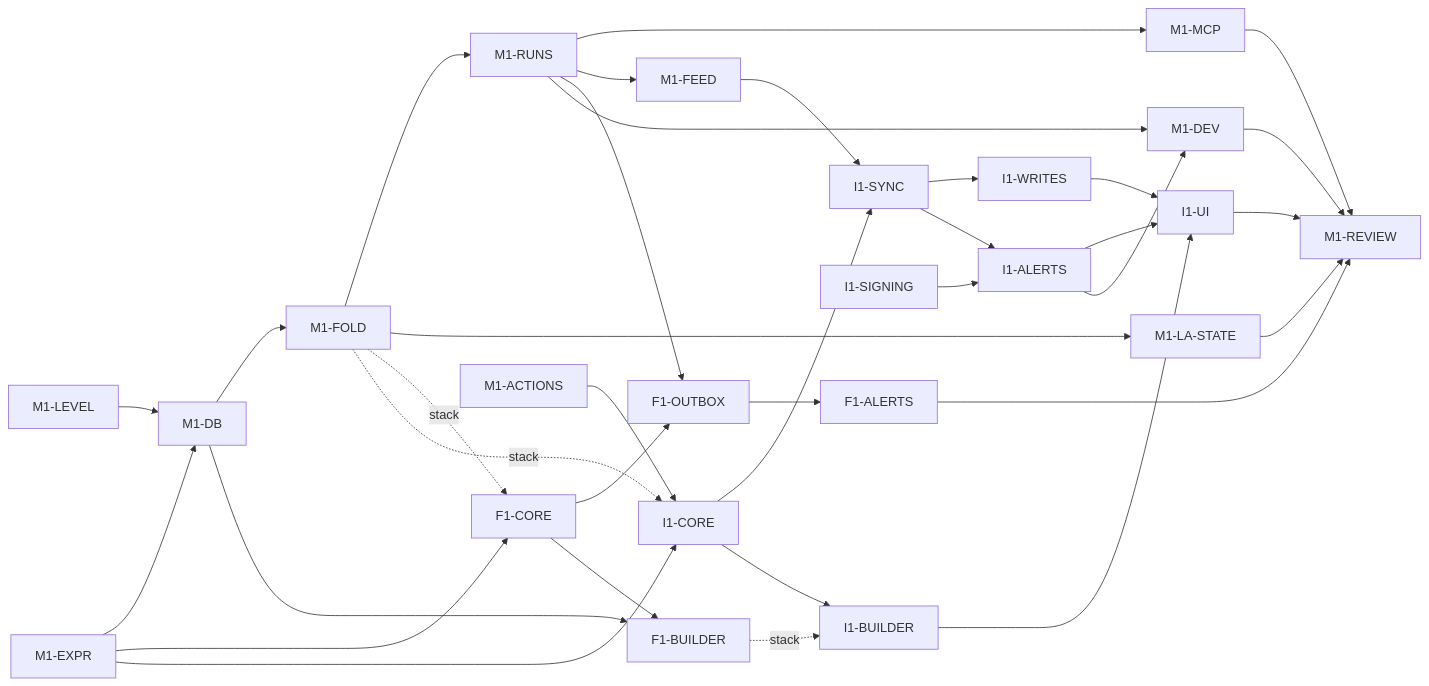
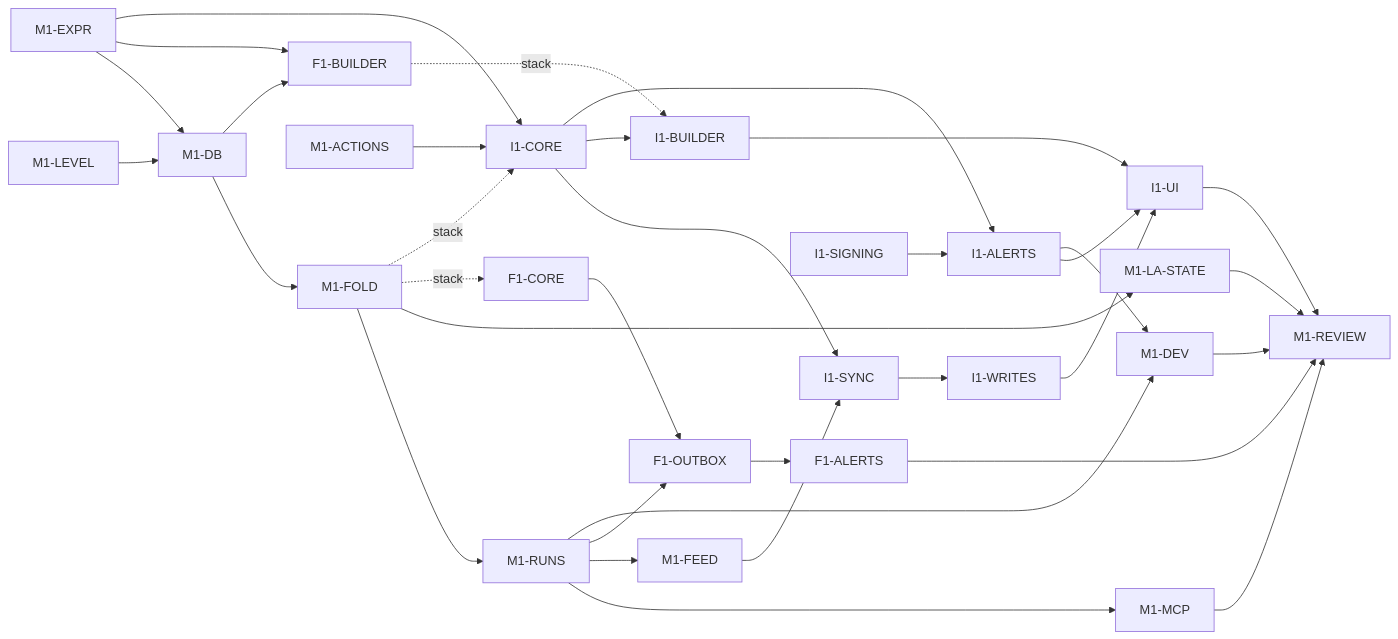
The diagram in docs/t2/M1-plan.md (Richard-Lynch/quickr), drawn with Mermaid before and after one commit. The commit also changed other lines of this file, not shown here.

````diff
--- a/docs/t2/M1-plan.md
+++ b/docs/t2/M1-plan.md
@@ -739,37 +770,36 @@
 ```mermaid
 flowchart LR
   LEVEL[M1-LEVEL] --> DB[M1-DB]
   EXPR[M1-EXPR] --> DB
   DB --> FOLD[M1-FOLD]
   FOLD --> RUNS[M1-RUNS]
   FOLD --> LAS[M1-LA-STATE]
   RUNS --> MCP[M1-MCP]
   RUNS --> FEED[M1-FEED]
   FOLD -. stack .-> FCORE[F1-CORE]
-  EXPR --> FCORE
   FCORE --> FOUT[F1-OUTBOX]
   RUNS --> FOUT
   DB --> FBUILD[F1-BUILDER]
-  FCORE --> FBUILD
+  EXPR --> FBUILD
   FOUT --> FALERT[F1-ALERTS]
   ACT[M1-ACTIONS] --> ICORE[I1-CORE]
   FOLD -. stack .-> ICORE
   EXPR --> ICORE
   ICORE --> ISYNC[I1-SYNC]
   FEED --> ISYNC
   ISYNC --> IWRITE[I1-WRITES]
   FBUILD -. stack .-> IBUILD[I1-BUILDER]
   ICORE --> IBUILD
-  ISYNC --> IALERT[I1-ALERTS]
+  ICORE --> IALERT[I1-ALERTS]
   SIGN[I1-SIGNING] --> IALERT
   IWRITE --> IUI[I1-UI]
   IBUILD --> IUI
   IALERT --> IUI
   IALERT --> DEV[M1-DEV]
   RUNS --> DEV
   IUI --> REV[M1-REVIEW]
   MCP --> REV
   LAS --> REV
   FALERT --> REV
   DEV --> REV
 ```
````
